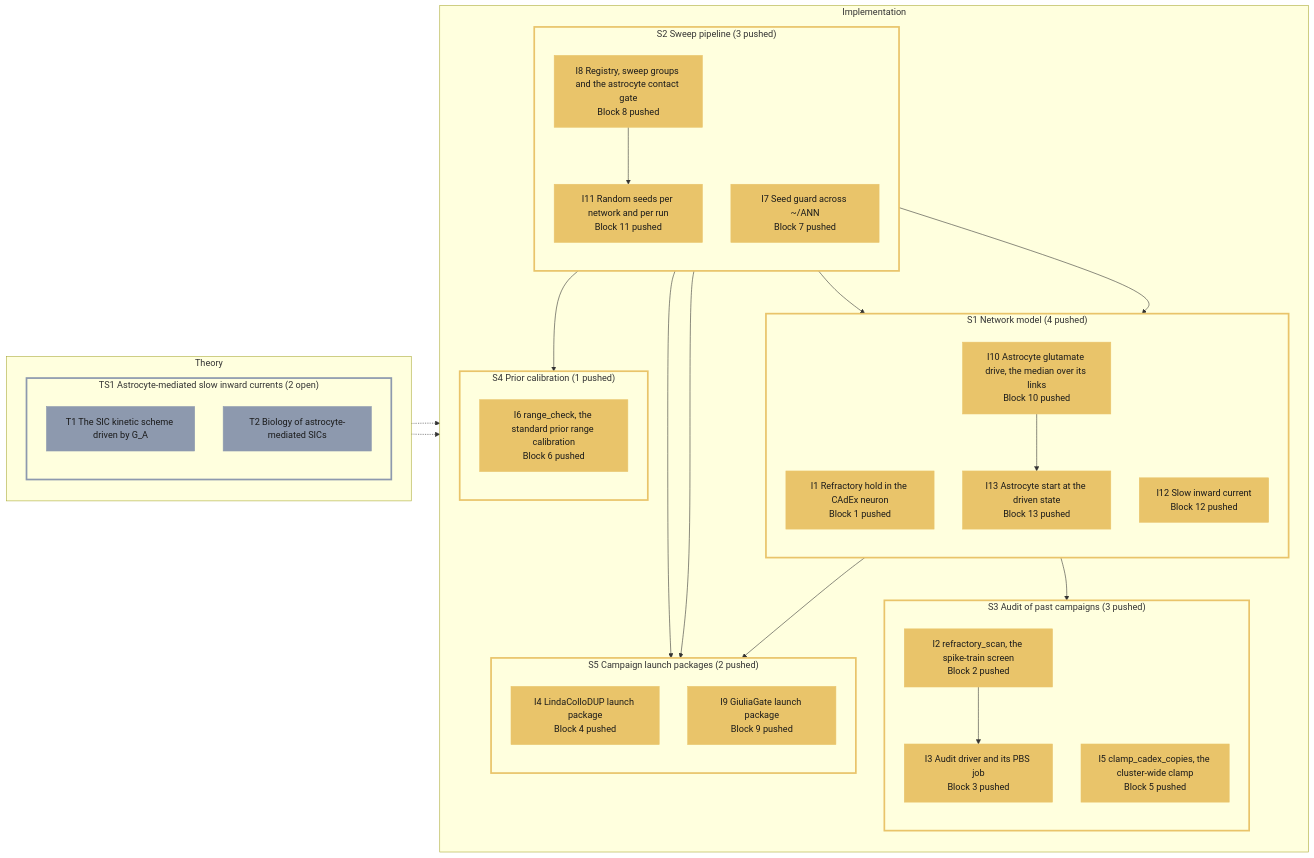
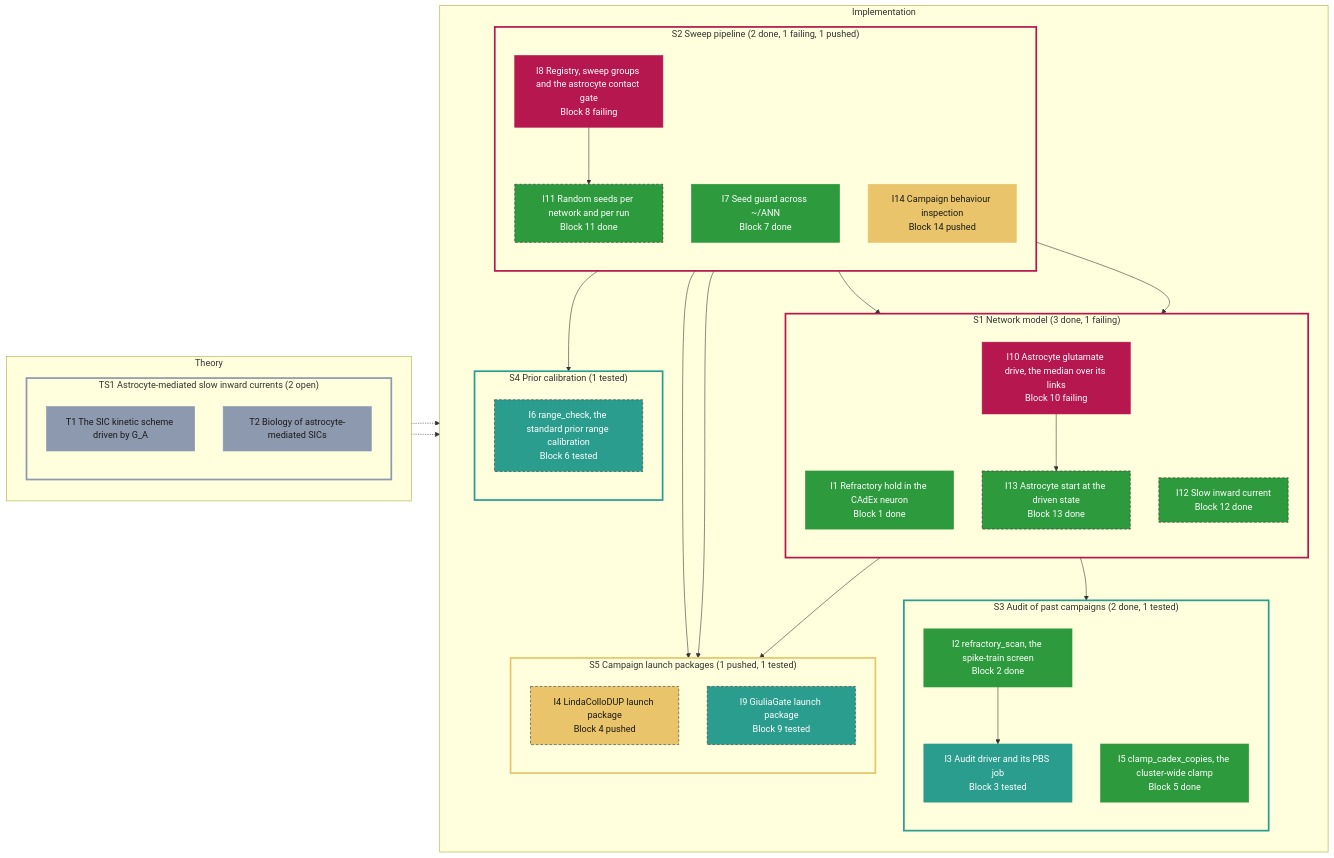
One commit to Leonardodm00/Astro-Neuron-Network changed the diagram in specs/roadmap/ANN.md. Above: the diagram before and after it, drawn with Mermaid. The commit also changed other lines of this file, not shown here.

Commit message:
roadmap: render after I14 was added
Claude-Session: https://claude.ai/code/session_015FuK9x3SP5enJqmPfCwwCx

````diff
--- a/specs/roadmap/ANN.md
+++ b/specs/roadmap/ANN.md
@@ -5,72 +5,74 @@
 ```mermaid
 flowchart LR
     classDef planned fill:#d62828,color:#ffffff,stroke:#d62828
     classDef local fill:#f77f00,color:#1a1a1a,stroke:#f77f00
     classDef pushed fill:#e9c46a,color:#1a1a1a,stroke:#e9c46a
     classDef testing fill:#3a86ff,color:#ffffff,stroke:#3a86ff
     classDef tested fill:#2a9d8f,color:#ffffff,stroke:#2a9d8f
     classDef running fill:#8338ec,color:#ffffff,stroke:#8338ec
     classDef failing fill:#b5174e,color:#ffffff,stroke:#b5174e
     classDef done fill:#2d9a3d,color:#ffffff,stroke:#2d9a3d
     classDef open fill:#8d99ae,color:#1a1a1a,stroke:#8d99ae
     classDef studying fill:#3a86ff,color:#ffffff,stroke:#3a86ff
     classDef closed fill:#2d9a3d,color:#ffffff,stroke:#2d9a3d
     classDef blocked stroke-dasharray:5 3,stroke:#333
     subgraph theory["Theory"]
         direction TB
         subgraph grp_TS1["TS1 Astrocyte-mediated slow inward currents (2 open)"]
             direction TB
             T1["T1 The SIC kinetic scheme driven by G_A"]:::open
             T2["T2 Biology of astrocyte-mediated SICs"]:::open
         end
     end
     subgraph impl["Implementation"]
         direction TB
-        subgraph grp_S1["S1 Network model (4 pushed)"]
+        subgraph grp_S1["S1 Network model (3 done, 1 failing)"]
             direction TB
-            I1["I1 Refractory hold in the CAdEx neuron<br/>Block 1 pushed"]:::pushed
-            I10["I10 Astrocyte glutamate drive, the median over its links<br/>Block 10 pushed"]:::pushed
-            I12["I12 Slow inward current<br/>Block 12 pushed"]:::pushed
-            I13["I13 Astrocyte start at the driven state<br/>Block 13 pushed"]:::pushed
+            I1["I1 Refractory hold in the CAdEx neuron<br/>Block 1 done"]:::done
+            I10["I10 Astrocyte glutamate drive, the median over its links<br/>Block 10 failing"]:::failing
+            I12["I12 Slow inward current<br/>Block 12 done"]:::done
+            I13["I13 Astrocyte start at the driven state<br/>Block 13 done"]:::done
         end
-        subgraph grp_S2["S2 Sweep pipeline (3 pushed)"]
+        subgraph grp_S2["S2 Sweep pipeline (2 done, 1 failing, 1 pushed)"]
             direction TB
-            I8["I8 Registry, sweep groups and the astrocyte contact gate<br/>Block 8 pushed"]:::pushed
-            I11["I11 Random seeds per network and per run<br/>Block 11 pushed"]:::pushed
-            I7["I7 Seed guard across ~/ANN<br/>Block 7 pushed"]:::pushed
+            I8["I8 Registry, sweep groups and the astrocyte contact gate<br/>Block 8 failing"]:::failing
+            I11["I11 Random seeds per network and per run<br/>Block 11 done"]:::done
+            I7["I7 Seed guard across ~/ANN<br/>Block 7 done"]:::done
+            I14["I14 Campaign behaviour inspection<br/>Block 14 pushed"]:::pushed
         end
-        subgraph grp_S3["S3 Audit of past campaigns (3 pushed)"]
+        subgraph grp_S3["S3 Audit of past campaigns (2 done, 1 tested)"]
             direction TB
-            I2["I2 refractory_scan, the spike-train screen<br/>Block 2 pushed"]:::pushed
-            I3["I3 Audit driver and its PBS job<br/>Block 3 pushed"]:::pushed
-            I5["I5 clamp_cadex_copies, the cluster-wide clamp<br/>Block 5 pushed"]:::pushed
+            I2["I2 refractory_scan, the spike-train screen<br/>Block 2 done"]:::done
+            I3["I3 Audit driver and its PBS job<br/>Block 3 tested"]:::tested
+            I5["I5 clamp_cadex_copies, the cluster-wide clamp<br/>Block 5 done"]:::done
         end
-        subgraph grp_S4["S4 Prior calibration (1 pushed)"]
+        subgraph grp_S4["S4 Prior calibration (1 tested)"]
             direction TB
-            I6["I6 range_check, the standard prior range calibration<br/>Block 6 pushed"]:::pushed
+            I6["I6 range_check, the standard prior range calibration<br/>Block 6 tested"]:::tested
         end
-        subgraph grp_S5["S5 Campaign launch packages (2 pushed)"]
+        subgraph grp_S5["S5 Campaign launch packages (1 pushed, 1 tested)"]
             direction TB
             I4["I4 LindaColloDUP launch package<br/>Block 4 pushed"]:::pushed
-            I9["I9 GiuliaGate launch package<br/>Block 9 pushed"]:::pushed
+            I9["I9 GiuliaGate launch package<br/>Block 9 tested"]:::tested
         end
         I8 --> I12
         I10 --> I13
         I11 --> I13
         I8 --> I11
         I2 --> I3
         I1 --> I5
         I8 --> I6
         I1 --> I4
         I8 --> I4
         I8 --> I9
     end
     T1 -.-> I12
     T2 -.-> I12
+    class I12,I13,I11,I6,I4,I9 blocked
     style grp_TS1 stroke:#8d99ae,stroke-width:3px
-    style grp_S1 stroke:#e9c46a,stroke-width:3px
-    style grp_S2 stroke:#e9c46a,stroke-width:3px
-    style grp_S3 stroke:#e9c46a,stroke-width:3px
-    style grp_S4 stroke:#e9c46a,stroke-width:3px
+    style grp_S1 stroke:#b5174e,stroke-width:3px
+    style grp_S2 stroke:#b5174e,stroke-width:3px
+    style grp_S3 stroke:#2a9d8f,stroke-width:3px
+    style grp_S4 stroke:#2a9d8f,stroke-width:3px
     style grp_S5 stroke:#e9c46a,stroke-width:3px
 ```
````
